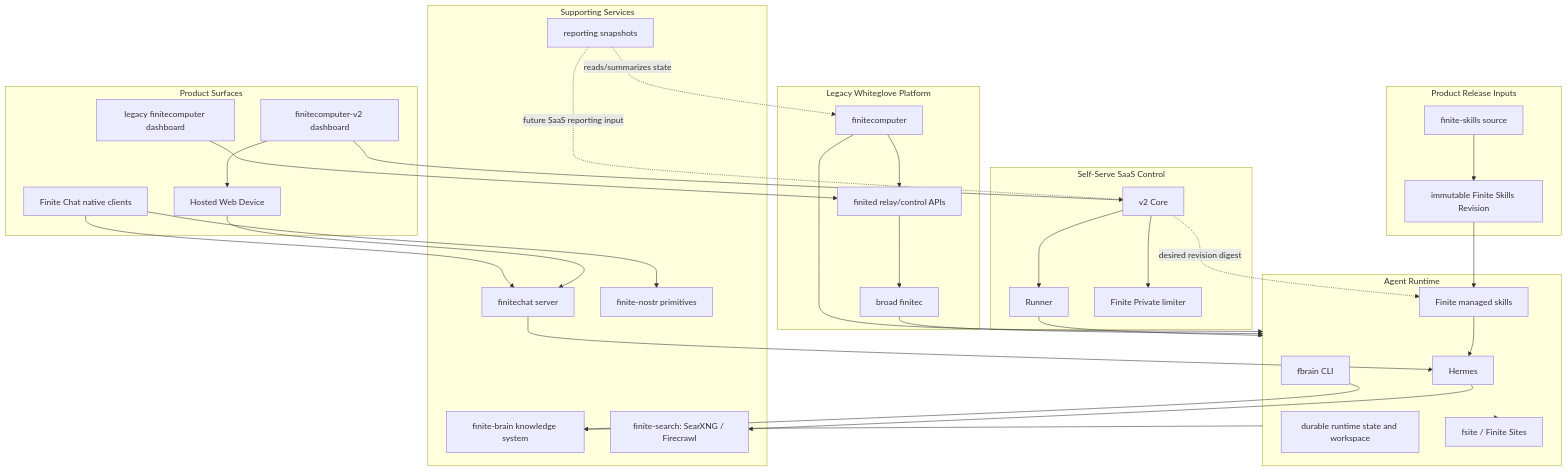
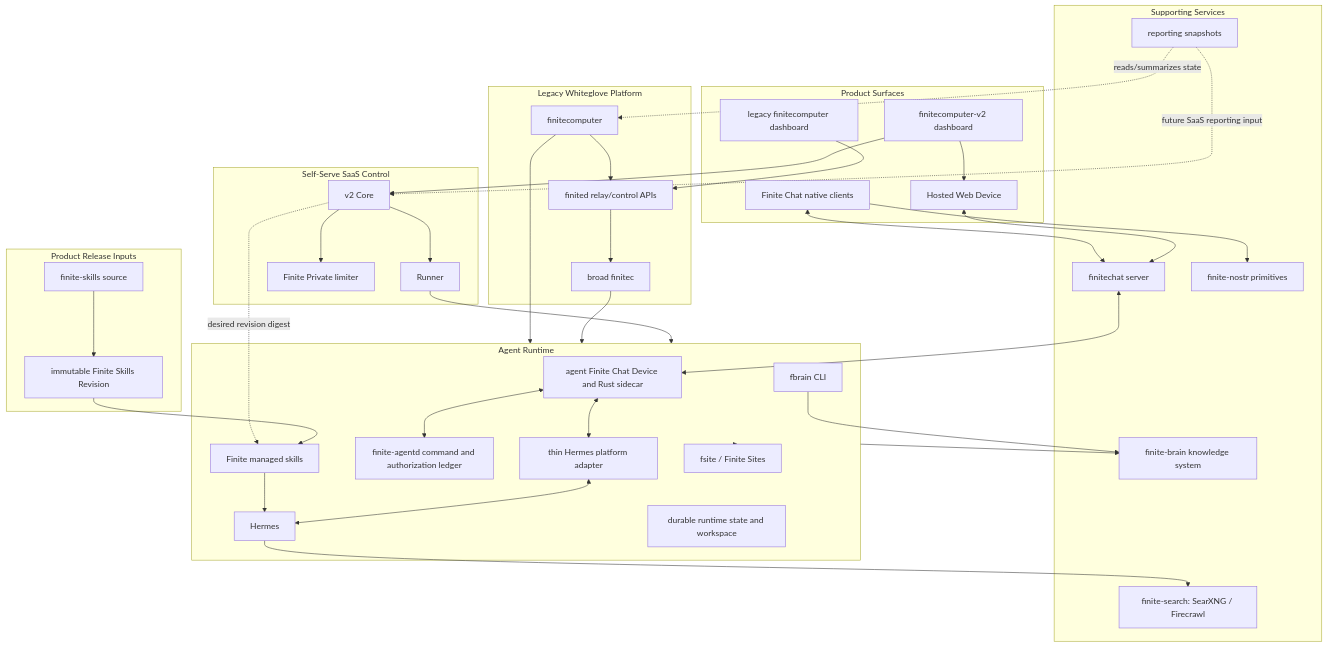
The diagram in docs/architecture-overview.md (finitecomputer/finite-mono), drawn with Mermaid before and after one commit. The commit also changed other lines of this file and 31 other files, not shown here.

First line of the commit message:
fix(chat): preserve hosted room continuity

````diff
--- a/docs/architecture-overview.md
+++ b/docs/architecture-overview.md
@@ -42,67 +43,73 @@
 ```mermaid
 flowchart TB
   subgraph Product["Product Surfaces"]
     V2Dashboard["finitecomputer-v2 dashboard"]
     HostedWeb["Hosted Web Device"]
     NativeChat["Finite Chat native clients"]
     LegacyDashboard["legacy finitecomputer dashboard"]
   end
 
   subgraph SaaS["Self-Serve SaaS Control"]
     Core["v2 Core"]
     Runner["Runner"]
     PrivateLimiter["Finite Private limiter"]
   end
 
   subgraph Release["Product Release Inputs"]
     SkillSource["finite-skills source"]
     SkillRevision["immutable Finite Skills Revision"]
     SkillSource --> SkillRevision
   end
 
   subgraph Legacy["Legacy Whiteglove Platform"]
     LegacyFiniteComputer["finitecomputer"]
     Finited["finited relay/control APIs"]
     Finitec["broad finitec"]
   end
 
   subgraph Runtime["Agent Runtime"]
+    AgentChatDevice["agent Finite Chat Device and Rust sidecar"]
+    HermesAdapter["thin Hermes platform adapter"]
     Hermes["Hermes"]
+    Agentd["finite-agentd command and authorization ledger"]
     UserHome["durable runtime state and workspace"]
     SkillBaseline["Finite managed skills"]
     FSite["fsite / Finite Sites"]
     FBrainCli["fbrain CLI"]
   end
 
   subgraph Supporting["Supporting Services"]
     ChatServer["finitechat server"]
     Brain["finite-brain knowledge system"]
     Search["finite-search: SearXNG / Firecrawl"]
     Nostr["finite-nostr primitives"]
     Reporting["reporting snapshots"]
   end
 
   V2Dashboard --> Core
   Core --> Runner
   Core --> PrivateLimiter
   Runner --> Runtime
   V2Dashboard --> HostedWeb
-  HostedWeb --> ChatServer
-  NativeChat --> ChatServer
-  ChatServer --> Hermes
+  HostedWeb <--> ChatServer
+  NativeChat <--> ChatServer
+  ChatServer <--> AgentChatDevice
+  AgentChatDevice <--> HermesAdapter
+  HermesAdapter <--> Hermes
+  AgentChatDevice <--> Agentd
   Runtime --> Brain
   LegacyDashboard --> Finited
   Finited --> Finitec
   Finitec --> Runtime
   LegacyFiniteComputer --> Finited
   LegacyFiniteComputer --> Runtime
   SkillRevision --> SkillBaseline
   Core -. "desired revision digest" .-> SkillBaseline
   SkillBaseline --> Hermes
   Runtime --> FSite
   FBrainCli --> Brain
   Hermes --> Search
   NativeChat --> Nostr
   Reporting -. "reads/summarizes state" .-> LegacyFiniteComputer
   Reporting -. "future SaaS reporting input" .-> Core
 ```
````
